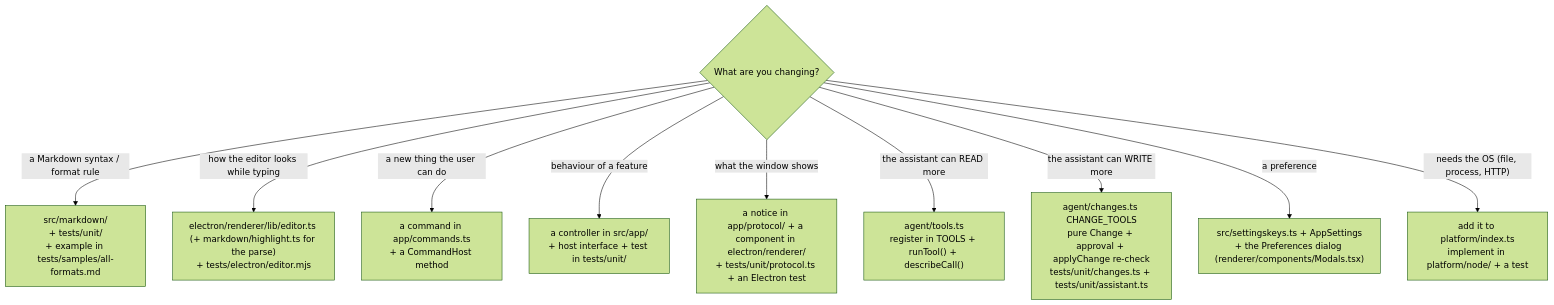
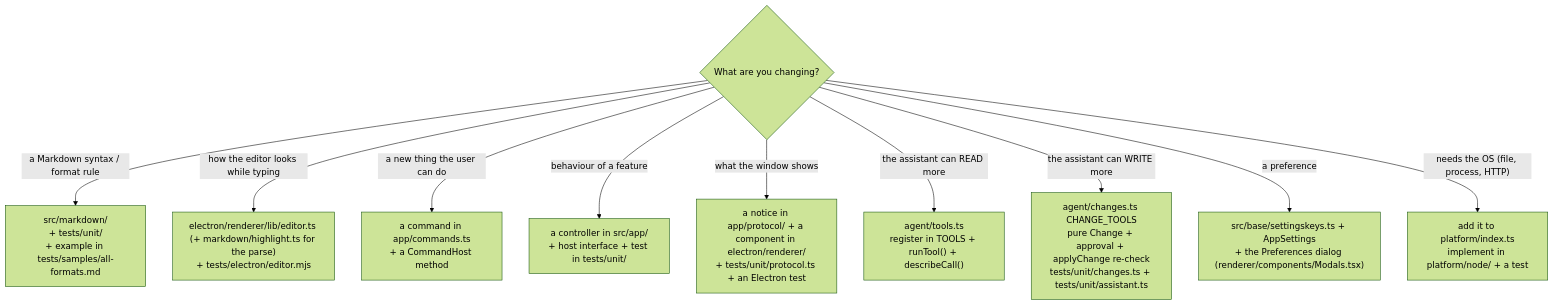
Before and after one commit to EkaPutCom/markwork: diagram 16 of 16 in docs/ONBOARDING.md, drawn with Mermaid (forest theme). The commit also changed other lines of this file and 102 other files, not shown here.

First line of the commit message:
refactor: base/ and orchestrator/ folders in src/

````diff
--- a/docs/ONBOARDING.md
+++ b/docs/ONBOARDING.md
@@ -568,13 +569,13 @@
 ```mermaid
 flowchart TD
     q{"What are you changing?"}
     q -->|"a Markdown syntax / format rule"| r1["src/markdown/<br/>+ tests/unit/<br/>+ example in tests/samples/all-formats.md"]
     q -->|"how the editor looks while typing"| r2["electron/renderer/lib/editor.ts (+ markdown/highlight.ts for the parse)<br/>+ tests/electron/editor.mjs"]
     q -->|"a new thing the user can do"| r3["a command in app/commands.ts<br/>+ a CommandHost method"]
     q -->|"behaviour of a feature"| r4["a controller in src/app/<br/>+ host interface + test in tests/unit/"]
     q -->|"what the window shows"| r5["a notice in app/protocol/ + a component in electron/renderer/<br/>+ tests/unit/protocol.ts + an Electron test"]
     q -->|"the assistant can READ more"| r6["agent/tools.ts<br/>register in TOOLS + runTool() + describeCall()"]
     q -->|"the assistant can WRITE more"| r7["agent/changes.ts CHANGE_TOOLS<br/>pure Change + approval + applyChange re-check<br/>tests/unit/changes.ts + tests/unit/assistant.ts"]
-    q -->|"a preference"| r8["src/settingskeys.ts + AppSettings<br/>+ the Preferences dialog (renderer/components/Modals.tsx)"]
+    q -->|"a preference"| r8["src/base/settingskeys.ts + AppSettings<br/>+ the Preferences dialog (renderer/components/Modals.tsx)"]
     q -->|"needs the OS (file, process, HTTP)"| r9["add it to platform/index.ts<br/>implement in platform/node/ + a test"]
 ```
````
